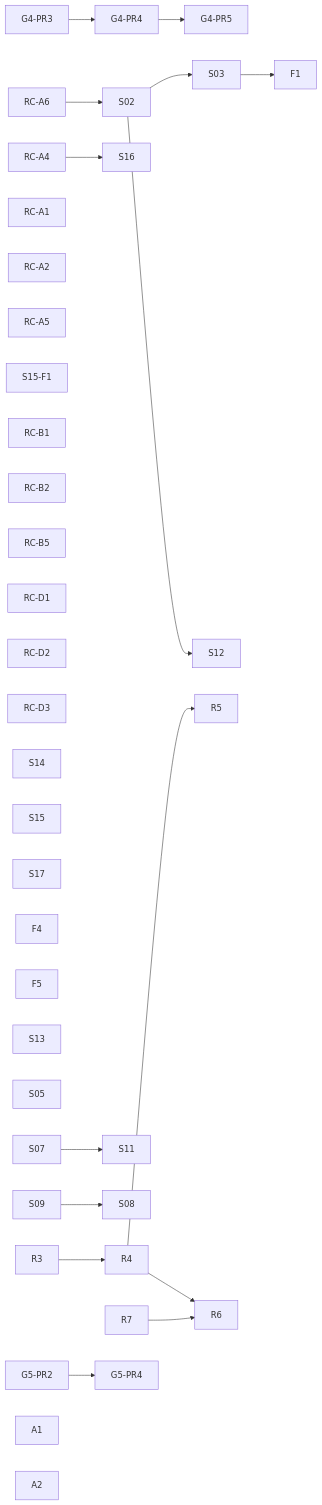
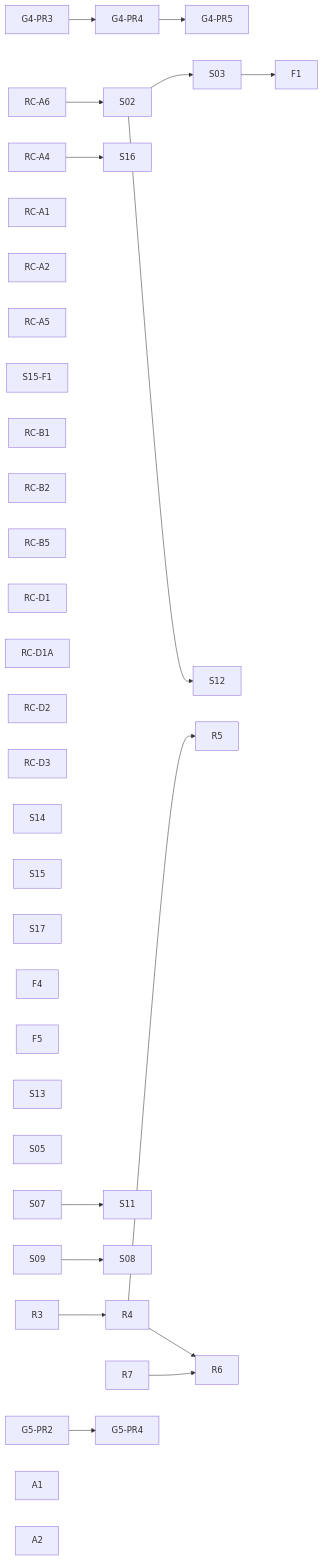
The diagram in docs/planning/state/open-task-route.md (dunay2/dvt), drawn with Mermaid before and after one commit. The commit also changed other lines of this file and 4 other files, not shown here.

````diff
--- a/docs/planning/state/open-task-route.md
+++ b/docs/planning/state/open-task-route.md
@@ -78,37 +79,38 @@
 ```mermaid
 flowchart LR
   G43[G4-PR3] --> G44[G4-PR4] --> G45[G4-PR5]
 
   RC_A6[RC-A6] --> S02[S02] --> S03[S03] --> F1[F1]
   RC_A4[RC-A4] --> S16[S16]
   RC_A1[RC-A1]
   RC_A2[RC-A2]
   RC_A5[RC-A5]
   S15F1[S15-F1]
   RC_B1[RC-B1]
   RC_B2[RC-B2]
   RC_B5[RC-B5]
   RC_D1[RC-D1]
+  RC_D1A[RC-D1A]
   RC_D2[RC-D2]
   RC_D3[RC-D3]
 
   S02 --> S12[S12]
   S14[S14]
   S15[S15]
   S17[S17]
   F4[F4]
   F5[F5]
   S13[S13]
   S05[S05]
 
   S07[S07] --> S11[S11]
   S09[S09] --> S08[S08]
 
   R3[R3] --> R4[R4] --> R5[R5]
   R4 --> R6[R6]
   R7[R7] --> R6
 
   G52[G5-PR2] --> G54[G5-PR4]
   A1[A1]
   A2[A2]
 ```
````
